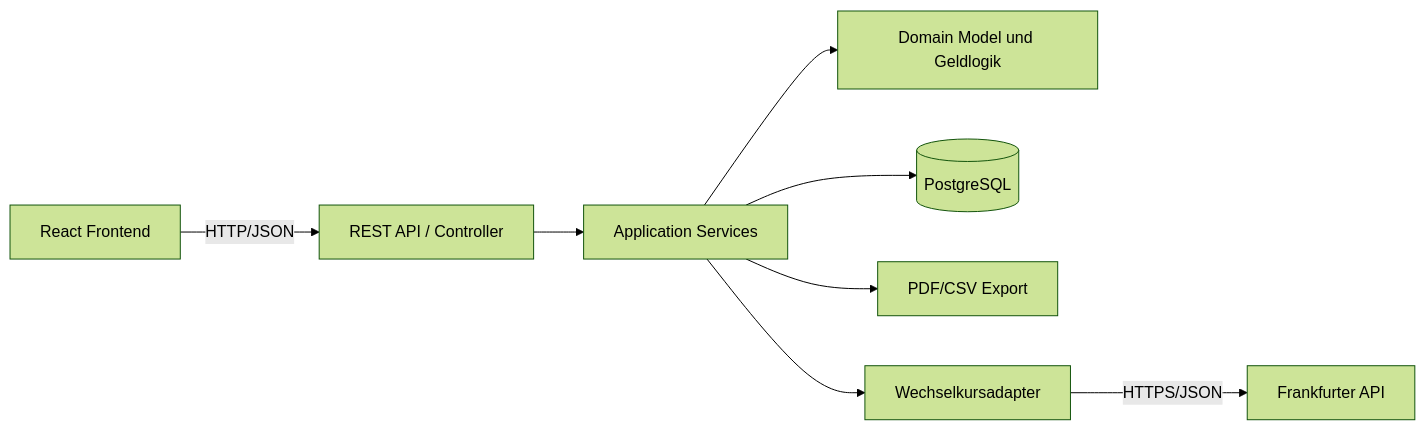
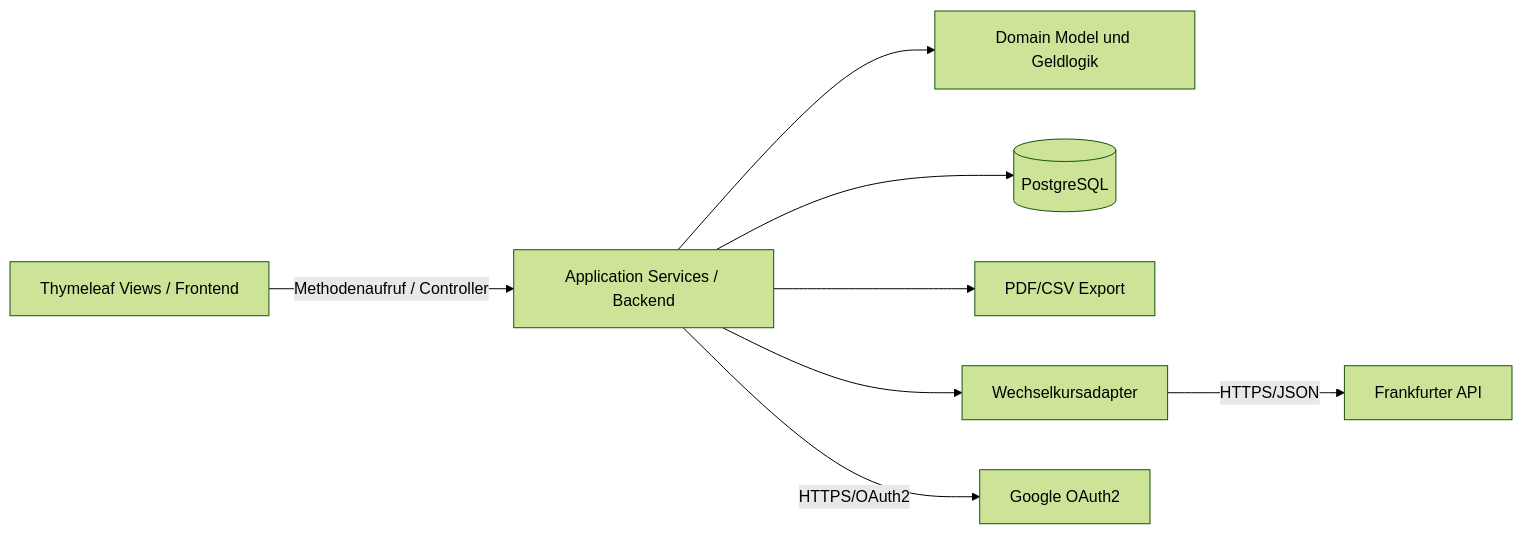
The diagram in Architektur/A04-solution-strategy.md (Bunyamin0101/WK_1106_CampusSplit), drawn with Mermaid (forest theme) before and after one commit. The commit also changed other lines of this file, not shown here.

````diff
--- a/Architektur/A04-solution-strategy.md
+++ b/Architektur/A04-solution-strategy.md
@@ -31,19 +31,19 @@
 ```mermaid
 flowchart LR
-    UI[React Frontend]
-    API[REST API / Controller]
-    APP[Application Services]
+    UI[Thymeleaf Views / Frontend]
+    APP[Application Services / Backend]
     DOMAIN[Domain Model und Geldlogik]
     DB[(PostgreSQL)]
     EXPORT[PDF/CSV Export]
     FX[Wechselkursadapter]
     FRANK[Frankfurter API]
+    AUTH[Google OAuth2]
 
-    UI -->|HTTP/JSON| API
-    API --> APP
+    UI -->|Methodenaufruf / Controller| APP
     APP --> DOMAIN
     APP --> DB
     APP --> EXPORT
     APP --> FX
+    APP -->|HTTPS/OAuth2| AUTH
     FX -->|HTTPS/JSON| FRANK
 ```
````
